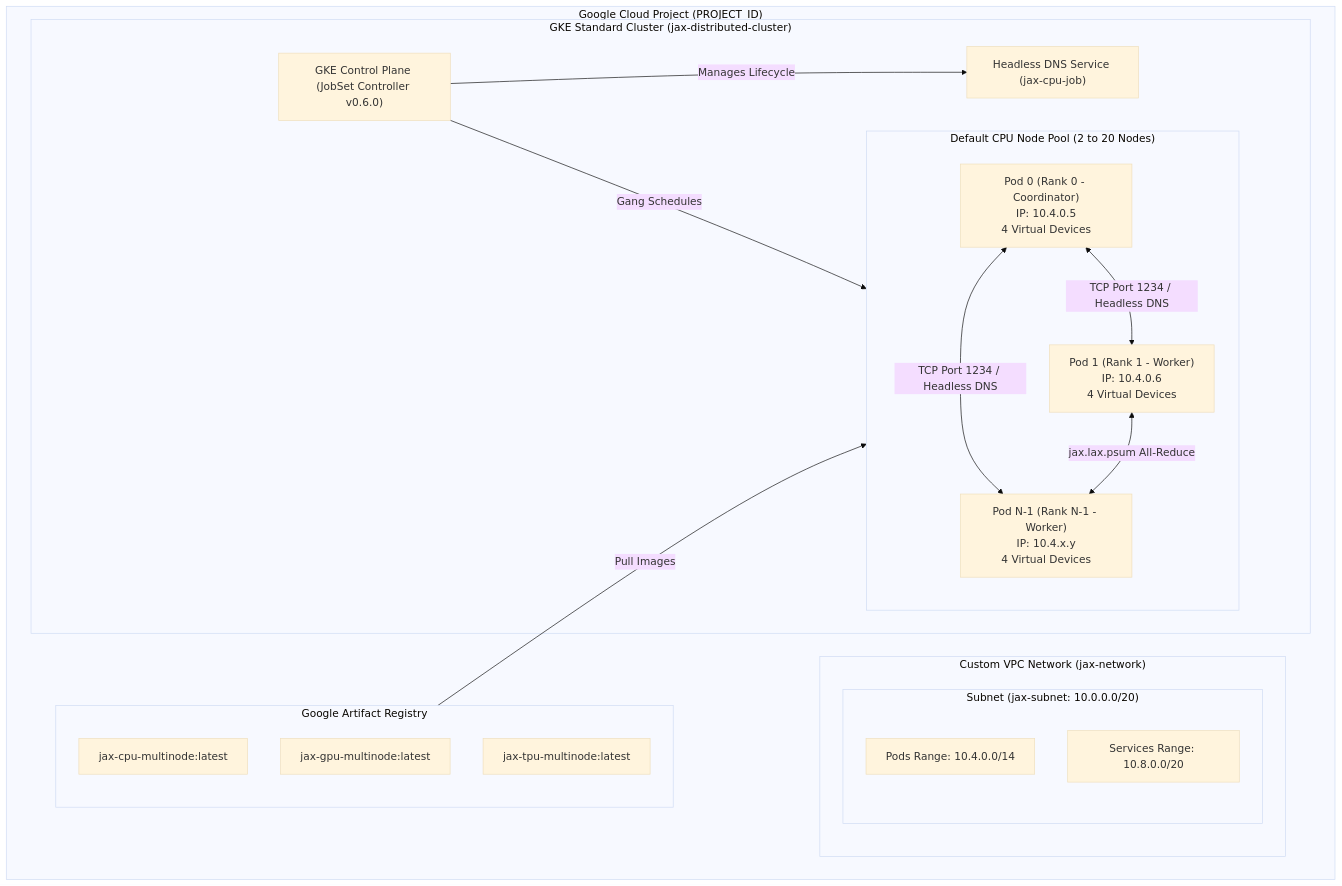
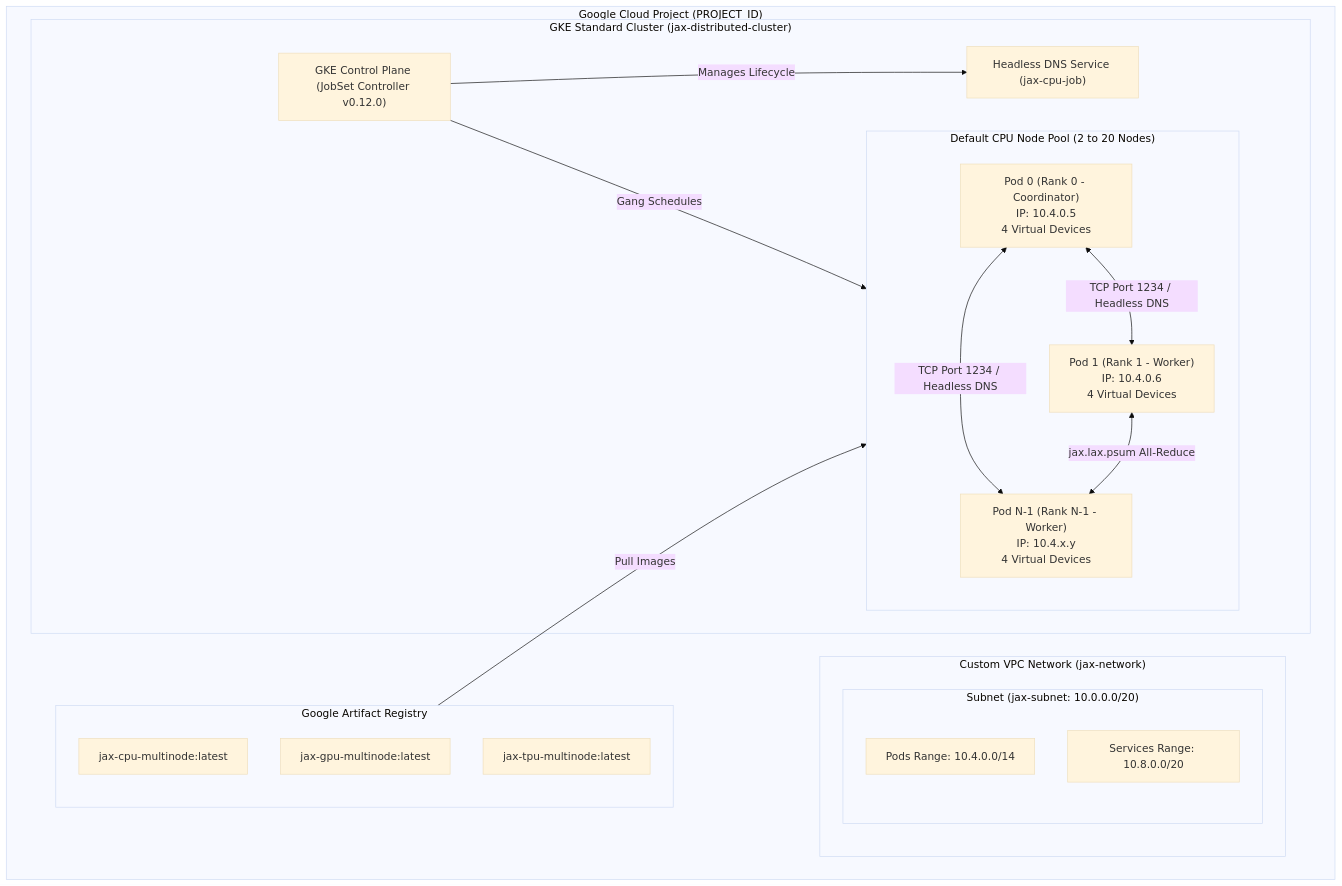
One commit to goabego/Travolta_Multinode_Training changed the first of 9 diagrams in ARCHITECTURE.md. Above: the diagram before and after it, drawn with Mermaid (base theme). The commit also changed other lines of this file and 21 other files, not shown here.

````diff
--- a/ARCHITECTURE.md
+++ b/ARCHITECTURE.md
@@ -11,35 +11,35 @@
 ```mermaid
 graph TD
     subgraph GCP["Google Cloud Project (PROJECT_ID)"]
         subgraph VPC["Custom VPC Network (jax-network)"]
             subgraph Subnet["Subnet (jax-subnet: 10.0.0.0/20)"]
                 PodRange["Pods Range: 10.4.0.0/14"]
                 SvcRange["Services Range: 10.8.0.0/20"]
             end
         end
 
         subgraph AR["Google Artifact Registry"]
             CPUImg["jax-cpu-multinode:latest"]
             GPUImg["jax-gpu-multinode:latest"]
             TPUImg["jax-tpu-multinode:latest"]
         end
 
         subgraph GKE["GKE Standard Cluster (jax-distributed-cluster)"]
-            ControlPlane["GKE Control Plane (JobSet Controller v0.6.0)"]
+            ControlPlane["GKE Control Plane (JobSet Controller v0.12.0)"]
             HeadlessDNS["Headless DNS Service (jax-cpu-job)"]
             
             subgraph CPUNodes["Default CPU Node Pool (2 to 20 Nodes)"]
                 Pod0["Pod 0 (Rank 0 - Coordinator)\nIP: 10.4.0.5\n4 Virtual Devices"]
                 Pod1["Pod 1 (Rank 1 - Worker)\nIP: 10.4.0.6\n4 Virtual Devices"]
                 PodN["Pod N-1 (Rank N-1 - Worker)\nIP: 10.4.x.y\n4 Virtual Devices"]
             end
         end
     end
 
     ControlPlane -->|Manages Lifecycle| HeadlessDNS
     ControlPlane -->|Gang Schedules| CPUNodes
     Pod0 <-->|TCP Port 1234 / Headless DNS| Pod1
     Pod0 <-->|TCP Port 1234 / Headless DNS| PodN
     Pod1 <-->|jax.lax.psum All-Reduce| PodN
     AR -->|Pull Images| CPUNodes
 ```
````
